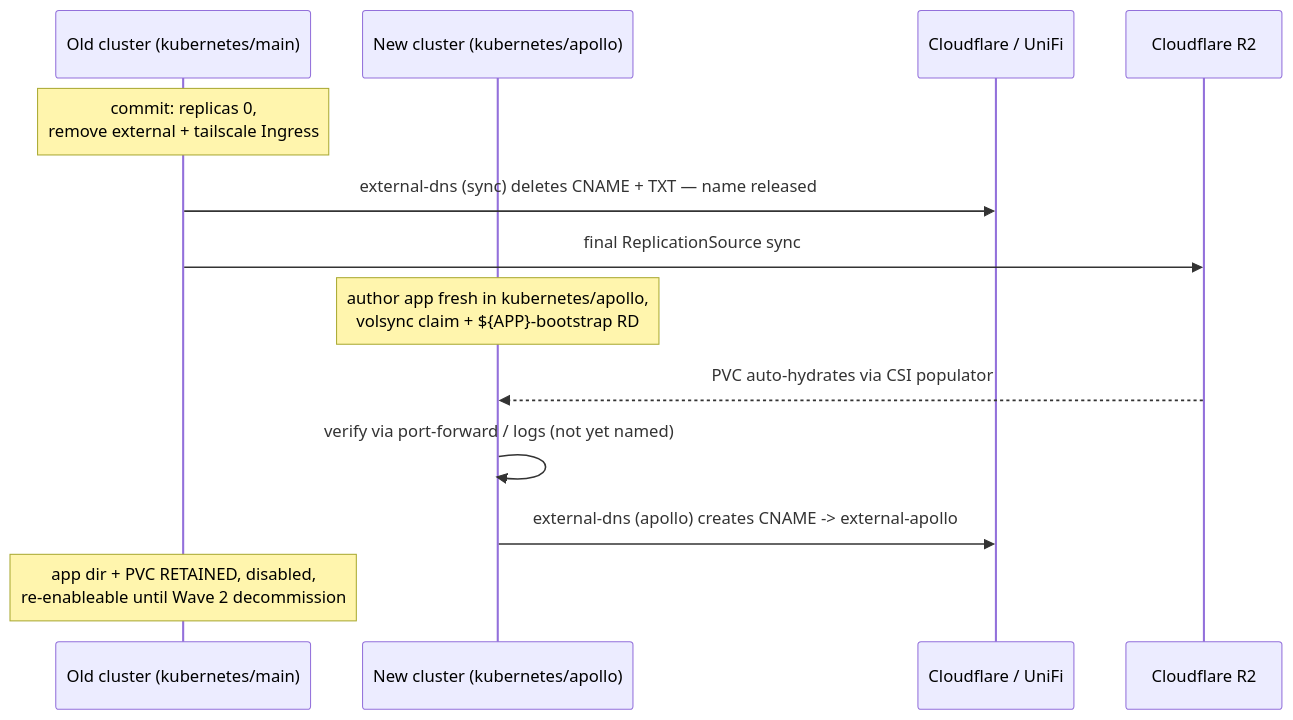
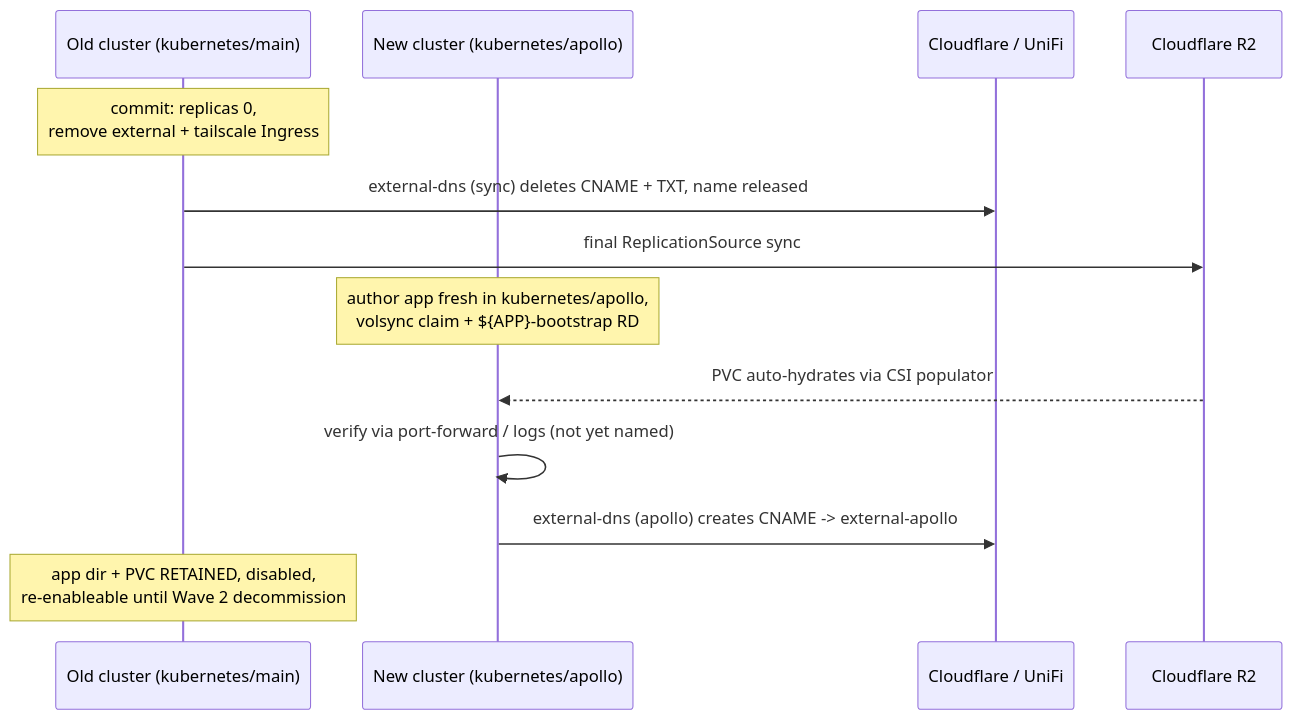
Before and after one commit to evanmoelter/hcc: the third of 3 diagrams in plans/20260816-talos-migration.md, drawn with Mermaid. The commit also changed other lines of this file, not shown here.

````diff
--- a/plans/20260816-talos-migration.md
+++ b/plans/20260816-talos-migration.md
@@ -265,16 +283,16 @@
 ```mermaid
 sequenceDiagram
     participant Old as Old cluster (kubernetes/main)
     participant New as New cluster (kubernetes/apollo)
     participant DNS as Cloudflare / UniFi
     participant R2 as Cloudflare R2
 
     Note over Old: commit: replicas 0,<br/>remove external + tailscale Ingress
-    Old->>DNS: external-dns (sync) deletes CNAME + TXT — name released
+    Old->>DNS: external-dns (sync) deletes CNAME + TXT, name released
     Old->>R2: final ReplicationSource sync
     Note over New: author app fresh in kubernetes/apollo,<br/>volsync claim + ${APP}-bootstrap RD
     R2-->>New: PVC auto-hydrates via CSI populator
     New->>New: verify via port-forward / logs (not yet named)
     New->>DNS: external-dns (apollo) creates CNAME -> external-apollo
     Note over Old: app dir + PVC RETAINED, disabled,<br/>re-enableable until Wave 2 decommission
 ```
````
